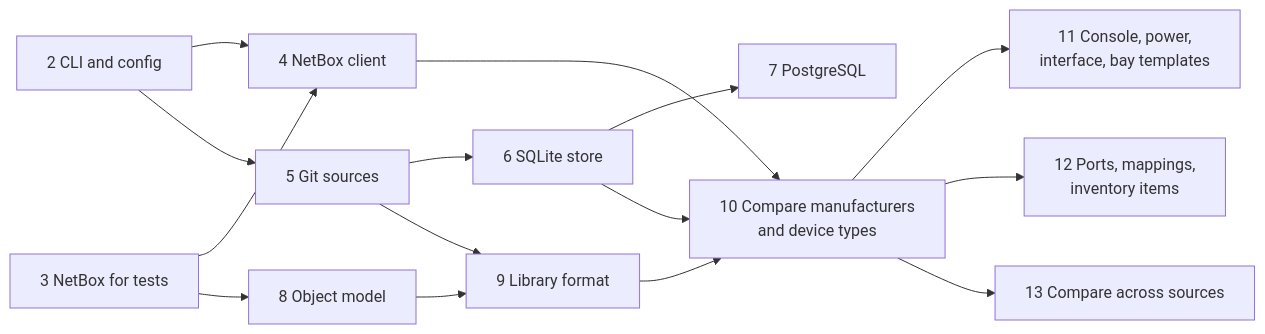
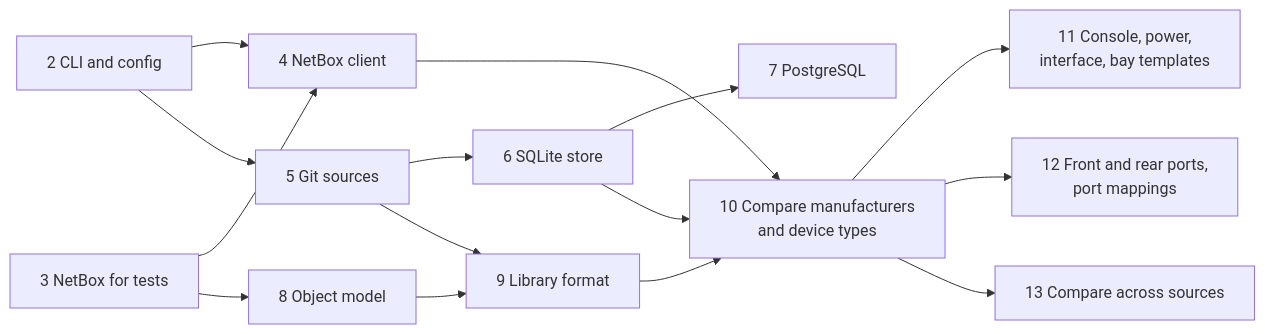
One commit to zeddD1abl0/netbox-trueup-ai changed the diagram in docs/roadmap.md. Above: the diagram before and after it, drawn with Mermaid. The commit also changed other lines of this file and 49 other files, not shown here.

First line of the commit message:
feat(compare): compare front and rear ports and port mappings (#25)

````diff
--- a/docs/roadmap.md
+++ b/docs/roadmap.md
@@ -26,17 +26,17 @@
 ```mermaid
 flowchart LR
     s2["2 CLI and config"] --> s4["4 NetBox client"]
     s2 --> s5["5 Git sources"]
     s3["3 NetBox for tests"] --> s4
     s3 --> s8["8 Object model"]
     s5 --> s6["6 SQLite store"]
     s6 --> s7["7 PostgreSQL"]
     s5 --> s9["9 Library format"]
     s8 --> s9
     s4 --> s10["10 Compare manufacturers<br/>and device types"]
     s6 --> s10
     s9 --> s10
     s10 --> s11["11 Console, power,<br/>interface, bay templates"]
-    s10 --> s12["12 Ports, mappings,<br/>inventory items"]
+    s10 --> s12["12 Front and rear ports,<br/>port mappings"]
     s10 --> s13["13 Compare across sources"]
 ```
````
